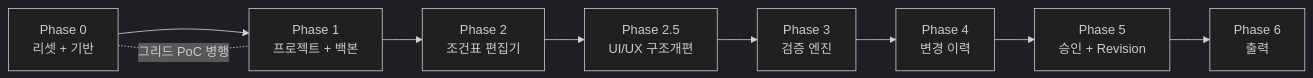
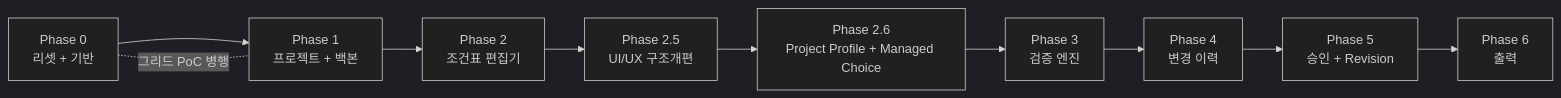
The diagram in plan/04-roadmap.md (Middleages/process-condition-manager), drawn with Mermaid (dark theme) before and after one commit. The commit also changed other lines of this file and 6 other files, not shown here.

````diff
--- a/plan/04-roadmap.md
+++ b/plan/04-roadmap.md
@@ -9,11 +9,12 @@
 ```mermaid
 flowchart LR
     P0[Phase 0<br/>리셋 + 기반] --> P1[Phase 1<br/>프로젝트 + 백본]
     P0 -.그리드 PoC 병행.- P1
     P1 --> P2[Phase 2<br/>조건표 편집기]
     P2 --> P25[Phase 2.5<br/>UI/UX 구조개편]
-    P25 --> P3[Phase 3<br/>검증 엔진]
+    P25 --> P26[Phase 2.6<br/>Project Profile + Managed Choice]
+    P26 --> P3[Phase 3<br/>검증 엔진]
     P3 --> P4[Phase 4<br/>변경 이력]
     P4 --> P5[Phase 5<br/>승인 + Revision]
     P5 --> P6[Phase 6<br/>출력]
 ```
````
